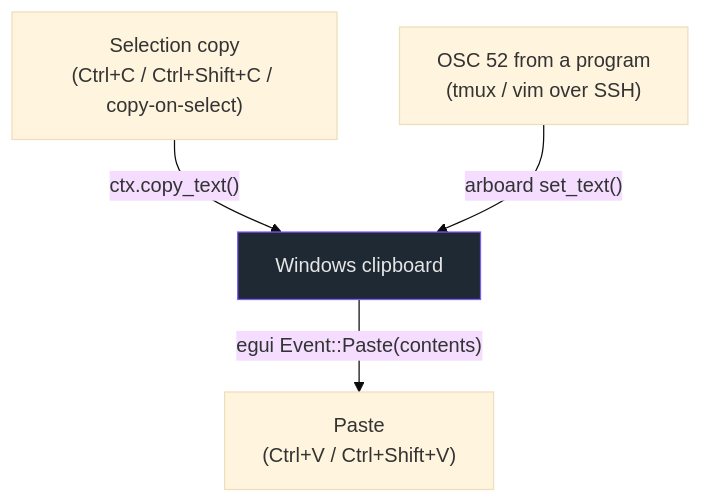
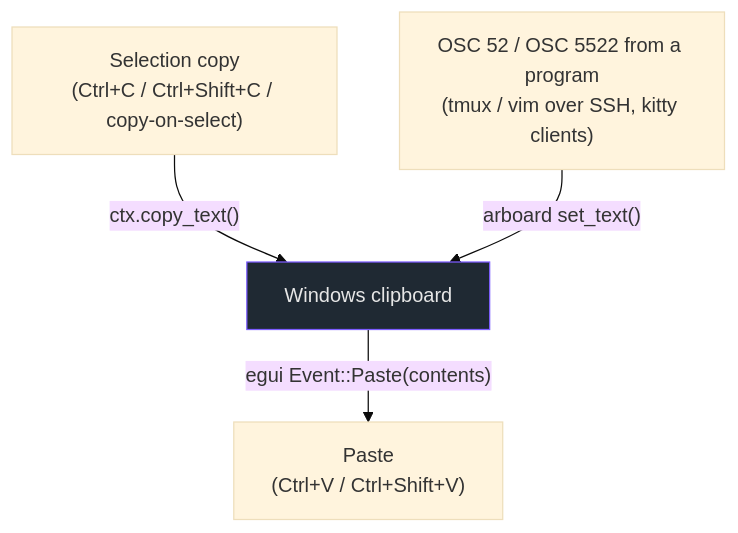
The third of 3 diagrams in docs/touchpoints/os.md (stvnksslr/geist), drawn with Mermaid (base theme) before and after one commit. The commit also changed other lines of this file and 23 other files, not shown here.

First line of the commit message:
feat(clipboard): kitty OSC 5522 + paste events; OSC 52 and pwd from the engine

````diff
--- a/docs/touchpoints/os.md
+++ b/docs/touchpoints/os.md
@@ -101,13 +101,13 @@
 ```mermaid
 flowchart TB
     sel["Selection copy<br/>(Ctrl+C / Ctrl+Shift+C / copy-on-select)"]
-    osc52["OSC 52 from a program<br/>(tmux / vim over SSH)"]
+    osc52["OSC 52 / OSC 5522 from a program<br/>(tmux / vim over SSH, kitty clients)"]
     paste["Paste<br/>(Ctrl+V / Ctrl+Shift+V)"]
 
     sel -->|"ctx.copy_text()"| clip["Windows clipboard"]
     osc52 -->|"arboard set_text()"| clip
     clip -->|"egui Event::Paste(contents)"| paste
 
     classDef o fill:#1f2933,stroke:#7c5cff,color:#e6e6e6
     class clip o
 ```
````
